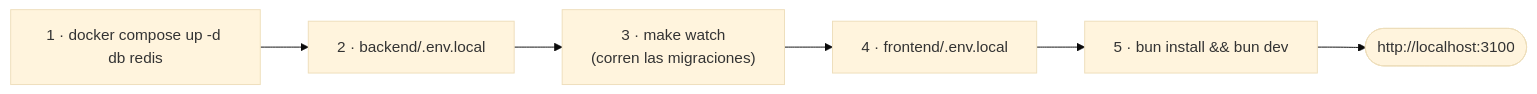
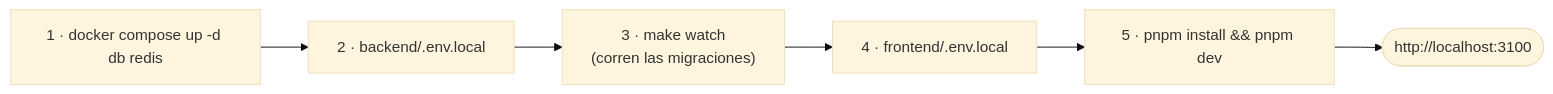
Before and after one commit to TonyGLL/webchat: the diagram in docs/es/getting-started.md, drawn with Mermaid (base theme). The commit also changed other lines of this file and 23 other files, not shown here.

````diff
--- a/docs/es/getting-started.md
+++ b/docs/es/getting-started.md
@@ -22,8 +22,8 @@
 ```mermaid
 flowchart LR
     A["1 · docker compose up -d db redis"] --> B["2 · backend/.env.local"]
     B --> C["3 · make watch<br/>(corren las migraciones)"]
     C --> D["4 · frontend/.env.local"]
-    D --> E["5 · bun install && bun dev"]
+    D --> E["5 · pnpm install && pnpm dev"]
     E --> F(["http://localhost:3100"])
 ```
````
